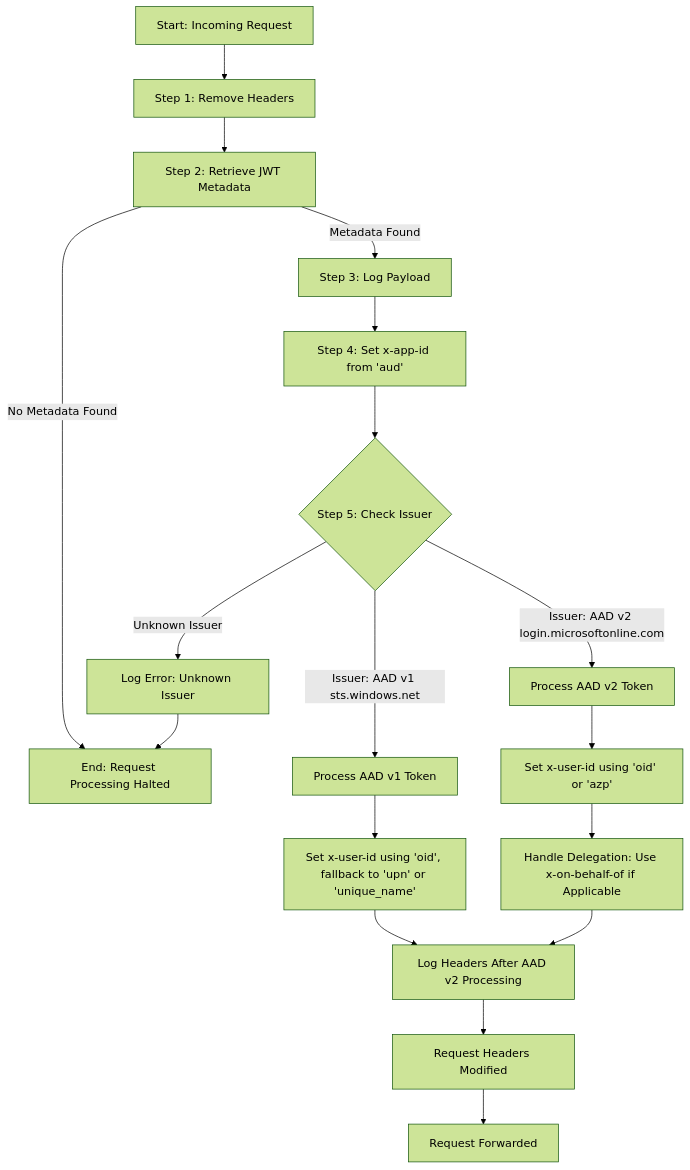
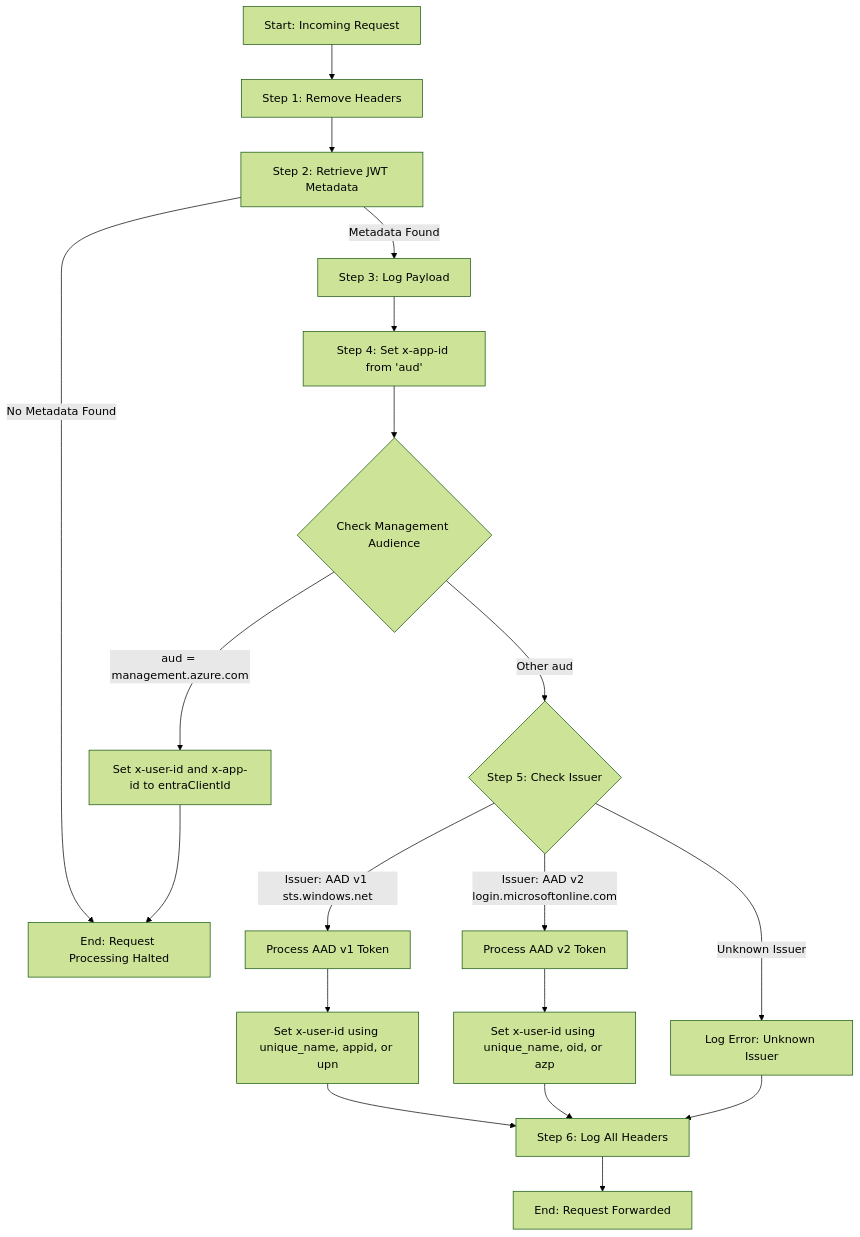
Before and after one commit to Azure/osdu-developer: the diagram in charts/osdu-developer-base/envoy-filter.md, drawn with Mermaid (forest theme). The commit also changed 6 other files, not shown here.

````diff
--- a/charts/osdu-developer-base/envoy-filter.md
+++ b/charts/osdu-developer-base/envoy-filter.md
@@ -36,20 +36,21 @@
 ```mermaid
 graph TD
     A[Start: Incoming Request] --> B[Step 1: Remove Headers]
     B --> C[Step 2: Retrieve JWT Metadata]
     C -->|Metadata Found| D[Step 3: Log Payload]
     C -->|No Metadata Found| E[End: Request Processing Halted]
     D --> F[Step 4: Set x-app-id from 'aud']
-    F --> G{Step 5: Check Issuer}
+    F --> F1{Check Management Audience}
+    F1 -->|aud = management.azure.com| F2[Set x-user-id and x-app-id to entraClientId]
+    F2 --> E
+    F1 -->|Other aud| G{Step 5: Check Issuer}
     G -->|Issuer: AAD v1 sts.windows.net| H[Process AAD v1 Token]
     G -->|Issuer: AAD v2 login.microsoftonline.com| I[Process AAD v2 Token]
     G -->|Unknown Issuer| J[Log Error: Unknown Issuer]
-    H --> H1[Set x-user-id using 'oid', fallback to 'upn' or 'unique_name']
-    H1 --> K[Log Headers After AAD v1 Processing]
-    I --> I1[Set x-user-id using 'oid' or 'azp']
-    I1 --> I2[Handle Delegation: Use x-on-behalf-of if Applicable]
-    I2 --> K[Log Headers After AAD v2 Processing]
-    J --> E
-    K --> L[Request Headers Modified]
-    L --> M[Request Forwarded]
+    H --> H1[Set x-user-id using unique_name, appid, or upn]
+    H1 --> K[Step 6: Log All Headers]
+    I --> I1[Set x-user-id using unique_name, oid, or azp]
+    I1 --> K
+    J --> K
+    K --> M[End: Request Forwarded]
 ```
````
